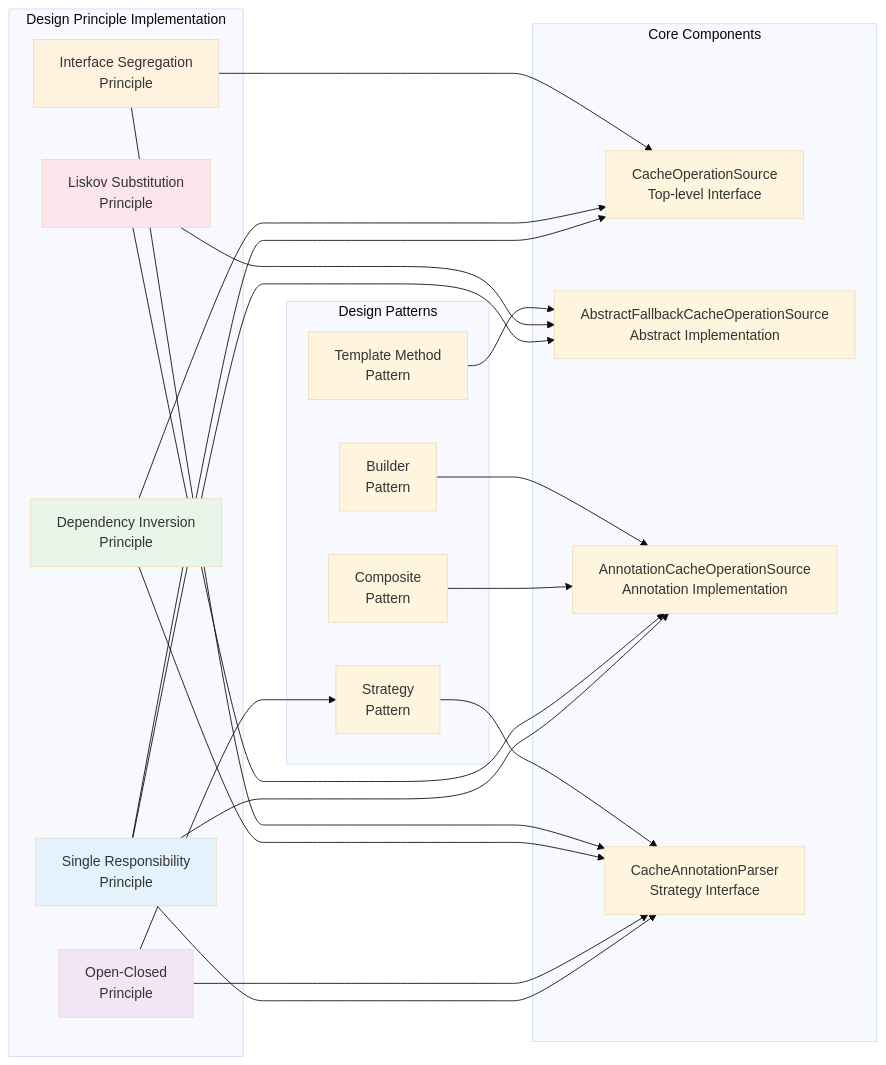
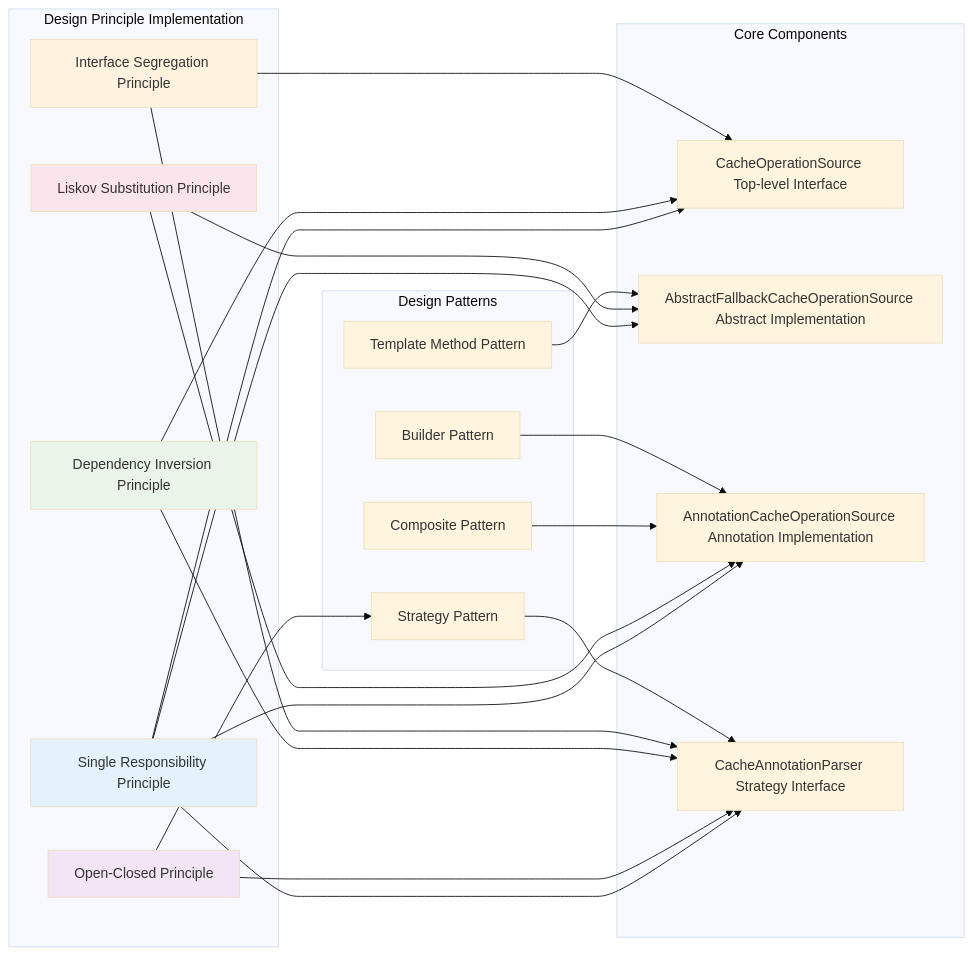
One commit to DavidHLP/blog changed the eighth of 8 diagrams in src/content/note/en/spring-cache-cacheoperation-source-analysis.md. Above: the diagram before and after it, drawn with Mermaid (base theme). The commit also changed other lines of this file and 1 other file, not shown here.

````diff
--- a/src/content/note/en/spring-cache-cacheoperation-source-analysis.md
+++ b/src/content/note/en/spring-cache-cacheoperation-source-analysis.md
@@ -1296,52 +1296,52 @@
 ```mermaid
 graph LR
     subgraph "Design Principle Implementation"
-        A["Single Responsibility\nPrinciple"]
-        B["Open-Closed\nPrinciple"]
-        C["Dependency Inversion\nPrinciple"]
-        D["Interface Segregation\nPrinciple"]
-        E["Liskov Substitution\nPrinciple"]
+        A["Single Responsibility Principle"]
+        B["Open-Closed Principle"]
+        C["Dependency Inversion Principle"]
+        D["Interface Segregation Principle"]
+        E["Liskov Substitution Principle"]
     end
 
     subgraph "Core Components"
-        F["CacheOperationSource\nTop-level Interface"]
-        G["AbstractFallbackCacheOperationSource\nAbstract Implementation"]
-        H["AnnotationCacheOperationSource\nAnnotation Implementation"]
-        I["CacheAnnotationParser\nStrategy Interface"]
+        F["CacheOperationSource Top-level Interface"]
+        G["AbstractFallbackCacheOperationSource Abstract Implementation"]
+        H["AnnotationCacheOperationSource Annotation Implementation"]
+        I["CacheAnnotationParser Strategy Interface"]
     end
 
     subgraph "Design Patterns"
-        J["Strategy\nPattern"]
-        K["Template Method\nPattern"]
-        L["Composite\nPattern"]
-        M["Builder\nPattern"]
+        J["Strategy Pattern"]
+        K["Template Method Pattern"]
+        L["Composite Pattern"]
+        M["Builder Pattern"]
     end
 
     A --> F
     A --> G
     A --> H
     A --> I
 
     B --> J
     B --> I
 
     C --> F
     C --> I
 
     D --> F
     D --> I
 
     E --> G
     E --> H
 
     J --> I
     K --> G
     L --> H
     M --> H
 
     style A fill:#e3f2fd
     style B fill:#f3e5f5
     style C fill:#e8f5e8
     style D fill:#fff3e0
     style E fill:#fce4ec
 ```
````
